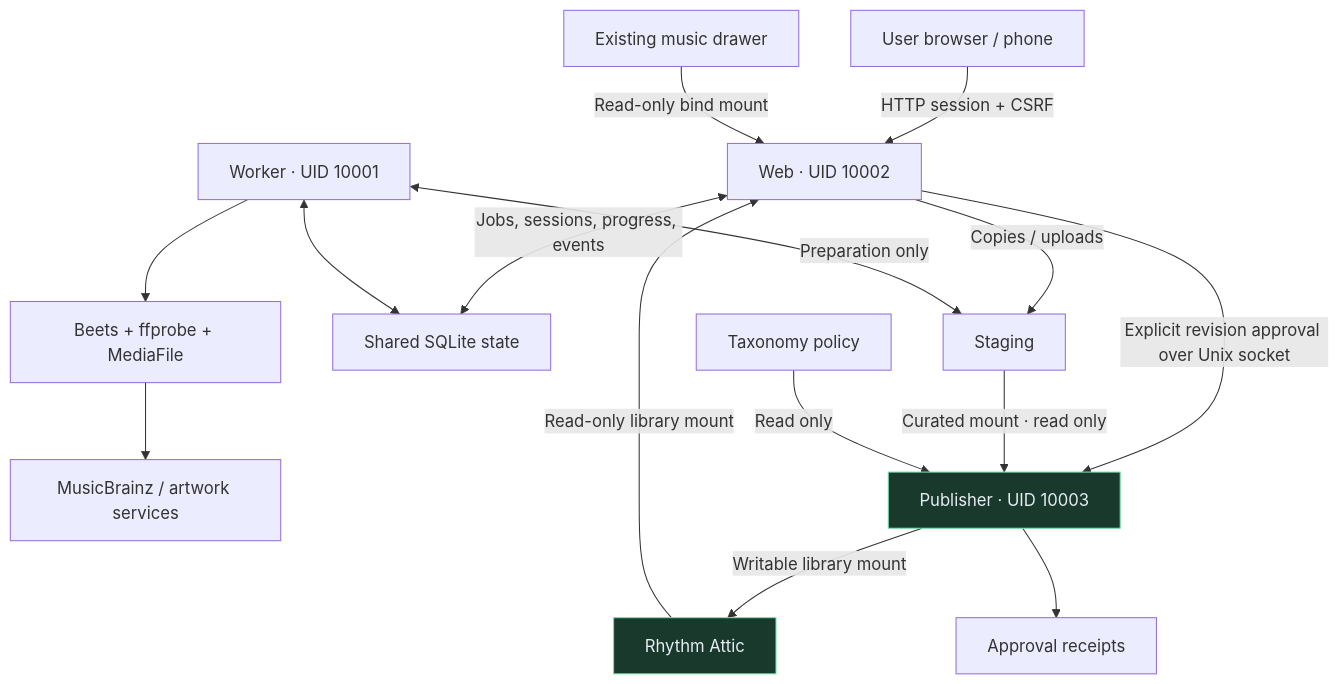
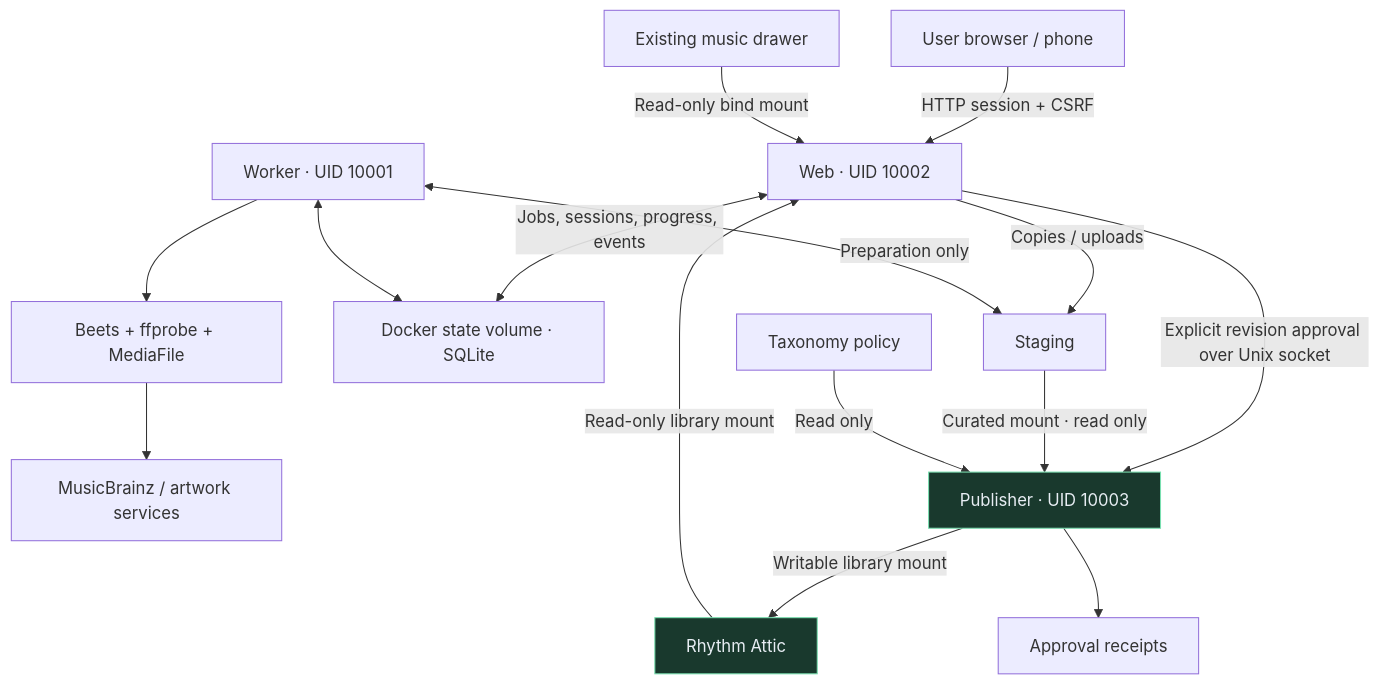
Before and after one commit to rajatsnvsingh/RhythmDesk: the first of 5 diagrams in docs/architecture.md, drawn with Mermaid. The commit also changed other lines of this file and 13 other files, not shown here.

````diff
--- a/docs/architecture.md
+++ b/docs/architecture.md
@@ -9,19 +9,19 @@
 ```mermaid
 flowchart TB
     U["User browser / phone"] -->|"HTTP session + CSRF"| W["Web · UID 10002"]
     D["Existing music drawer"] -->|"Read-only bind mount"| W
     W -->|"Copies / uploads"| S["Staging"]
-    W <-->|"Jobs, sessions, progress, events"| DB["Shared SQLite state"]
+    W <-->|"Jobs, sessions, progress, events"| DB["Docker state volume · SQLite"]
     K["Worker · UID 10001"] <-->|"Preparation only"| S
     K <--> DB
     K --> B["Beets + ffprobe + MediaFile"]
     B --> M["MusicBrainz / artwork services"]
     W -->|"Explicit revision approval over Unix socket"| P["Publisher · UID 10003"]
     S -->|"Curated mount · read only"| P
     T["Taxonomy policy"] -->|"Read only"| P
     P -->|"Writable library mount"| L["Rhythm Attic"]
     L -->|"Read-only library mount"| W
     P --> A["Approval receipts"]
     classDef boundary fill:#19392d,stroke:#79dfb0,color:#e7edf3
     class P,L boundary
 ```
````
